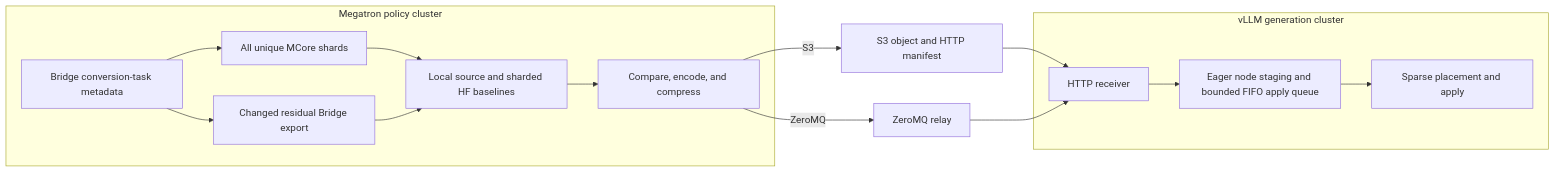
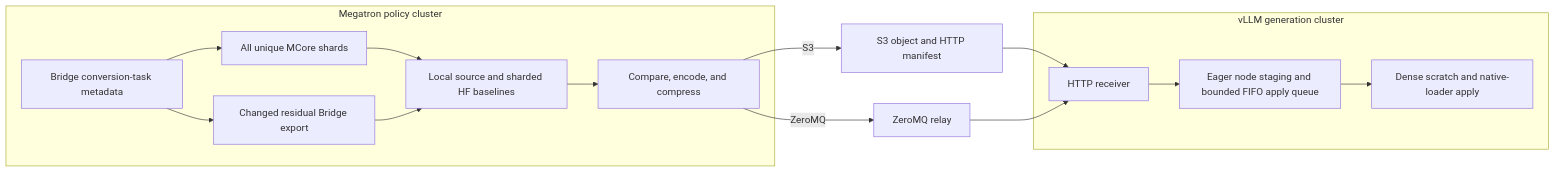
The diagram in docs/design-docs/sparse-delta-refit.md (svcnemo-autobot/RL), drawn with Mermaid before and after one commit. The commit also changed other lines of this file and 11 other files, not shown here.

````diff
--- a/docs/design-docs/sparse-delta-refit.md
+++ b/docs/design-docs/sparse-delta-refit.md
@@ -33,28 +33,28 @@
 ```mermaid
 flowchart LR
   subgraph P["Megatron policy cluster"]
     T["Bridge conversion-task metadata"]
     L["All unique MCore shards"]
     B["Changed residual Bridge export"]
     C["Local source and sharded HF baselines"]
     E["Compare, encode, and compress"]
     T --> L
     T --> B
     L --> C
     B --> C
     C --> E
   end
 
   S["S3 object and HTTP manifest"]
   Z["ZeroMQ relay"]
 
   subgraph G["vLLM generation cluster"]
     H["HTTP receiver"]
     Q["Eager node staging and bounded FIFO apply queue"]
-    A["Sparse placement and apply"]
+    A["Dense scratch and native-loader apply"]
     H --> Q --> A
   end
 
   E -->|S3| S --> H
   E -->|ZeroMQ| Z --> H
 ```
````
